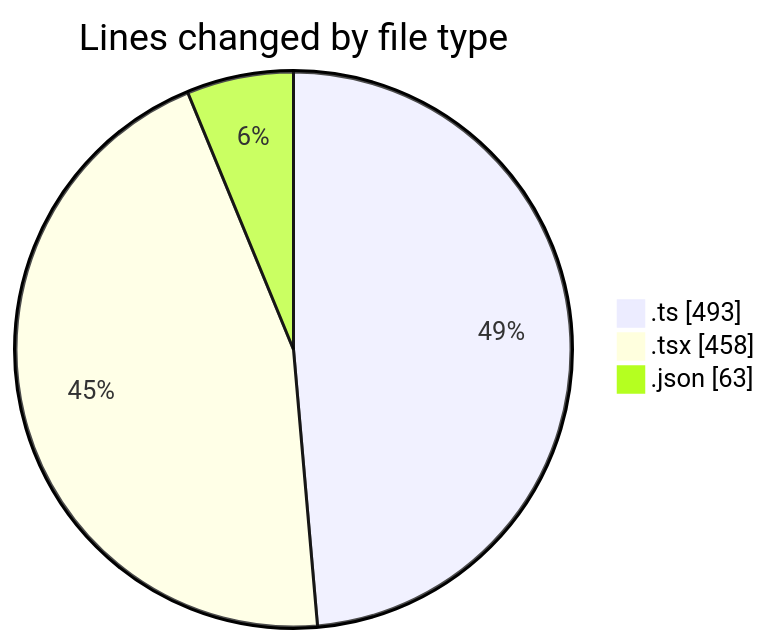
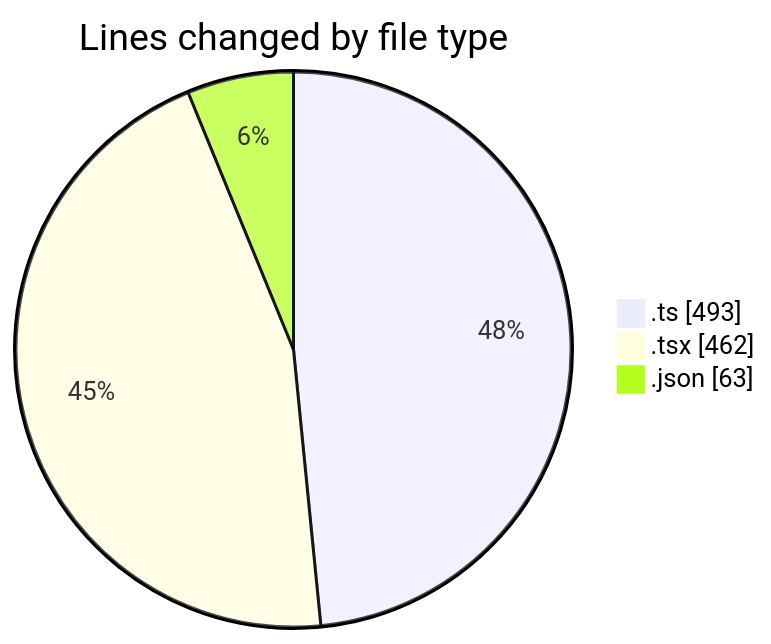
The first of 2 diagrams in 2025-11-24/eventscop-frontend-guide__workspace_/README.md (julien-gomy/code-tracking), drawn with Mermaid before and after one commit. The commit also changed other lines of this file and 1 other file, not shown here.

````diff
--- a/2025-11-24/eventscop-frontend-guide__workspace_/README.md
+++ b/2025-11-24/eventscop-frontend-guide__workspace_/README.md
@@ -34,7 +34,7 @@
 ```mermaid
 pie showData
 title Lines changed by file type
 ".ts" : 493
-".tsx" : 458
+".tsx" : 462
 ".json" : 63
 ```
````
